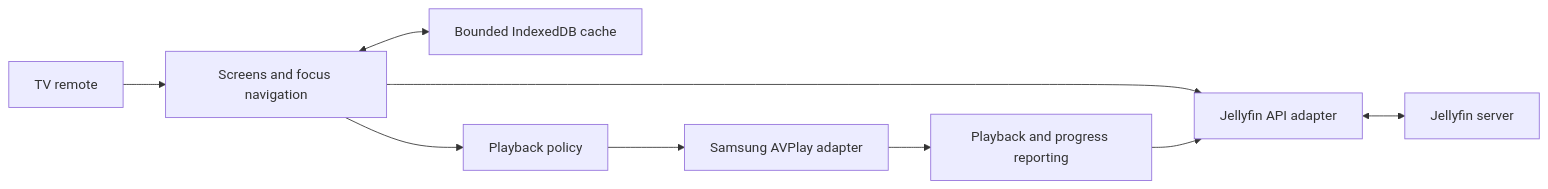
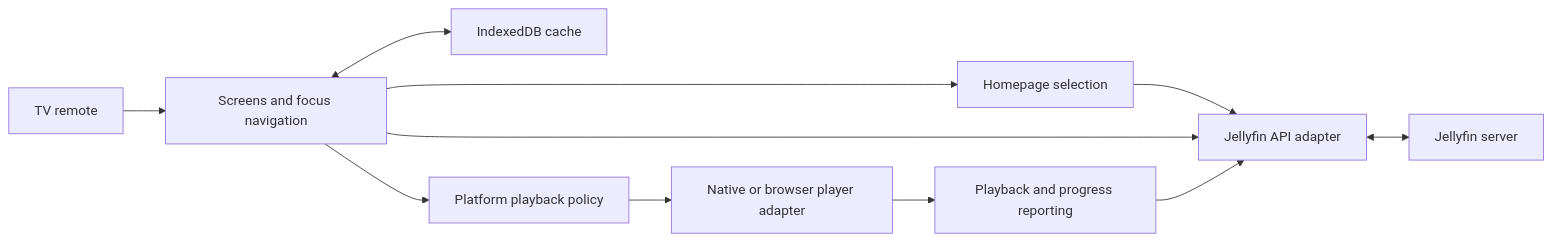
One commit to kylecowens/homelab-documentation changed the diagram in projects/tv-apps/vertex-tv.md. Above: the diagram before and after it, drawn with Mermaid. The commit also changed other lines of this file and 7 other files, not shown here.

Commit message:
Document Vertex TV 0.1.21 homepage and playback improvements

````diff
--- a/projects/tv-apps/vertex-tv.md
+++ b/projects/tv-apps/vertex-tv.md
@@ -34,11 +49,13 @@
 ```mermaid
 flowchart LR
     Remote[TV remote] --> UI[Screens and focus navigation]
-    UI --> API[Jellyfin API adapter]
+    UI --> Shelves[Homepage selection]
+    Shelves --> API[Jellyfin API adapter]
+    UI --> API
     API <--> Server[Jellyfin server]
-    UI <--> Cache[Bounded IndexedDB cache]
-    UI --> Policy[Playback policy]
-    Policy --> Player[Samsung AVPlay adapter]
+    UI <--> Cache[IndexedDB cache]
+    UI --> Policy[Platform playback policy]
+    Policy --> Player[Native or browser player adapter]
     Player --> Progress[Playback and progress reporting]
     Progress --> API
 ```
````
